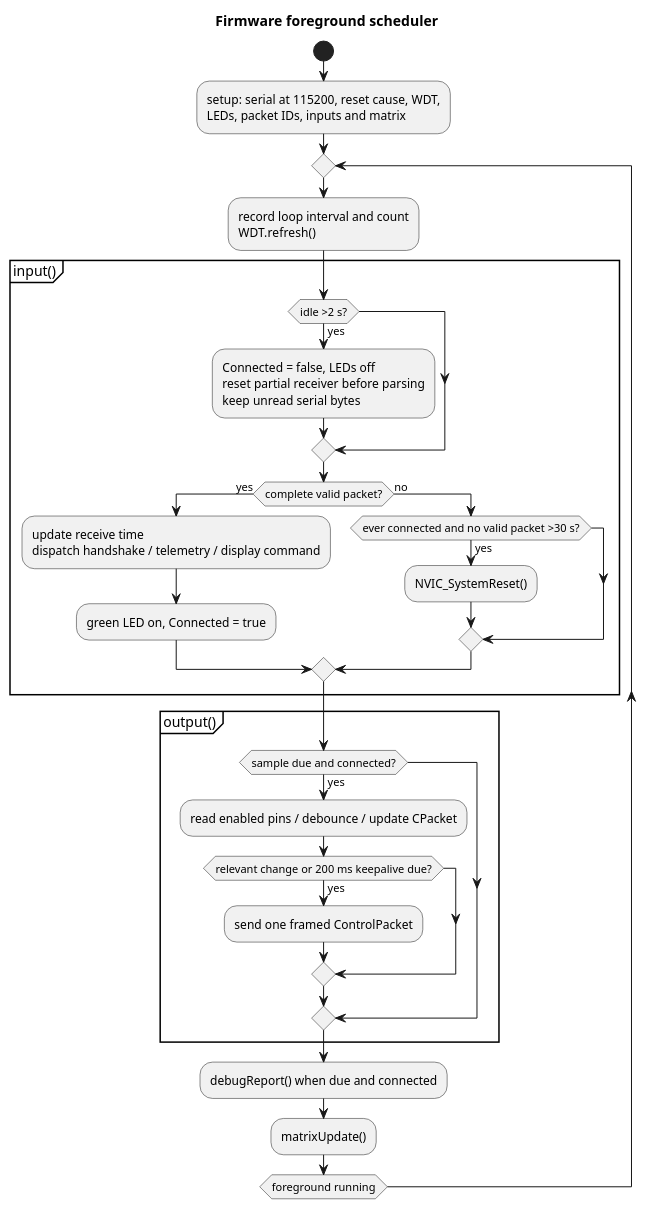
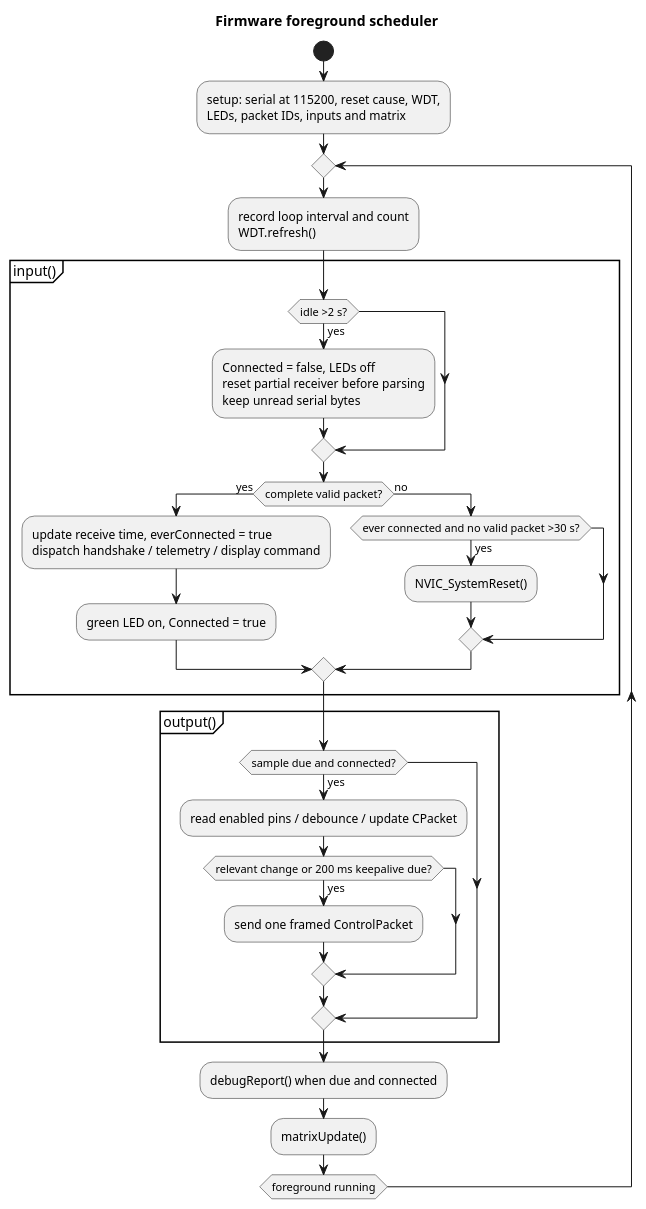
Before and after one commit to AlaNLrdE/KSPKontroller: the diagram in docs/diagrams/activity_firmware_loop.puml, drawn with PlantUML. The commit also changed 8 other files, not shown here.

```diff
--- a/docs/diagrams/activity_firmware_loop.puml
+++ b/docs/diagrams/activity_firmware_loop.puml
@@ -1,31 +1,31 @@
 @startuml activity_firmware_loop
 title Firmware foreground scheduler
 start
 :setup: serial at 115200, reset cause, WDT,\nLEDs, packet IDs, inputs and matrix;
 repeat
   :record loop interval and count\nWDT.refresh();
   partition "input()" {
     if (idle >2 s?) then (yes)
       :Connected = false, LEDs off\nreset partial receiver before parsing\nkeep unread serial bytes;
     endif
     if (complete valid packet?) then (yes)
-      :update receive time\ndispatch handshake / telemetry / display command;
+      :update receive time, everConnected = true\ndispatch handshake / telemetry / display command;
       :green LED on, Connected = true;
     else (no)
       if (ever connected and no valid packet >30 s?) then (yes)
         :NVIC_SystemReset();
       endif
     endif
   }
   partition "output()" {
     if (sample due and connected?) then (yes)
       :read enabled pins / debounce / update CPacket;
       if (relevant change or 200 ms keepalive due?) then (yes)
         :send one framed ControlPacket;
       endif
     endif
   }
   :debugReport() when due and connected;
   :matrixUpdate();
 repeat while (foreground running)
 @enduml
```
